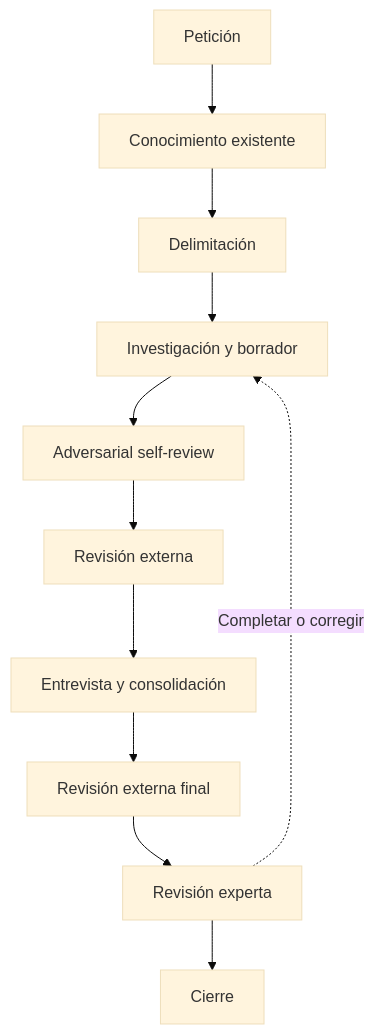
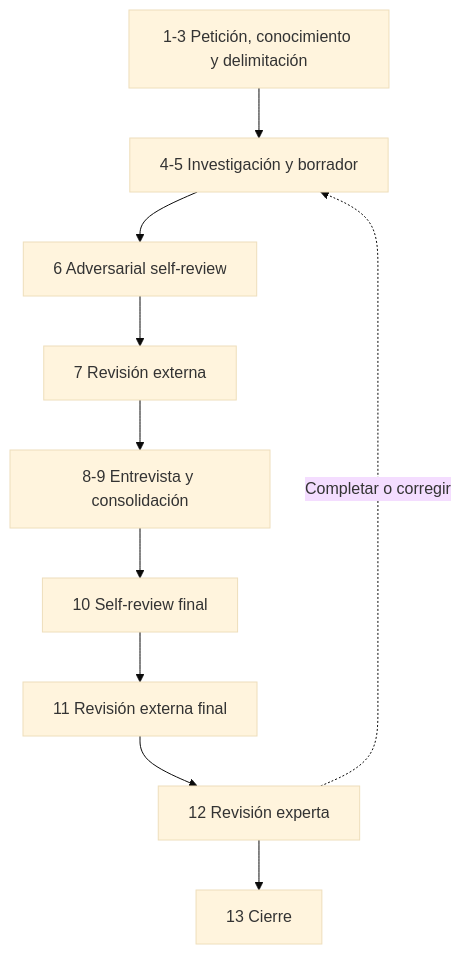
The second of 2 diagrams in skills/engineering/dna-harvest/SKILL.md (davidbalivo/skills), drawn with Mermaid (base theme) before and after one commit. The commit also changed other lines of this file, not shown here.

Commit message:
skill(dna-harvest): number flow diagram and add status state diagram

````diff
--- a/skills/engineering/dna-harvest/SKILL.md
+++ b/skills/engineering/dna-harvest/SKILL.md
@@ -201,13 +211,12 @@
 ```mermaid
 flowchart TD
-    P[Petición] --> K[Conocimiento existente]
-    K --> A[Delimitación]
-    A --> B[Investigación y borrador]
-    B --> S[Adversarial self-review]
-    S --> R[Revisión externa]
-    R --> C[Entrevista y consolidación]
-    C --> R2[Revisión externa final]
-    R2 --> D[Revisión experta]
-    D --> E[Cierre]
-    D -.->|Completar o corregir| B
+    A[1-3 Petición, conocimiento y delimitación] --> B[4-5 Investigación y borrador]
+    B --> C[6 Adversarial self-review]
+    C --> D[7 Revisión externa]
+    D --> E[8-9 Entrevista y consolidación]
+    E --> F[10 Self-review final]
+    F --> G[11 Revisión externa final]
+    G --> H[12 Revisión experta]
+    H --> I[13 Cierre]
+    H -.->|Completar o corregir| B
 ```
````
